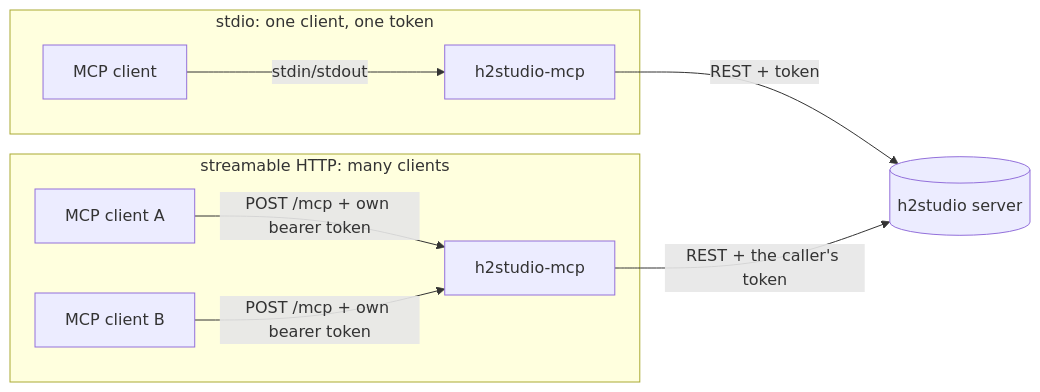
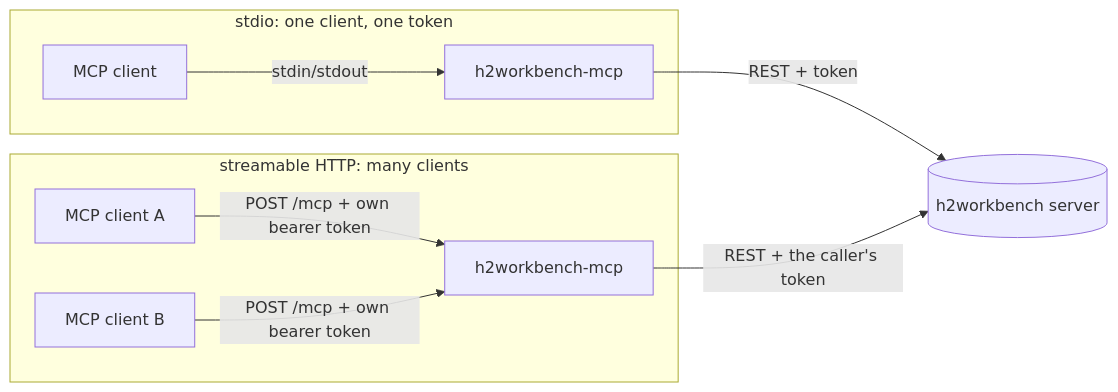
One commit to willboyden/harness2-workbench changed the diagram in docs/MCP.md. Above: the diagram before and after it, drawn with Mermaid. The commit also changed other lines of this file and 417 other files, not shown here.

````diff
--- a/docs/MCP.md
+++ b/docs/MCP.md
@@ -13,12 +13,12 @@
 ```mermaid
 flowchart LR
   subgraph stdio [stdio: one client, one token]
-    c1[MCP client] -- "stdin/stdout" --> m1[h2studio-mcp]
+    c1[MCP client] -- "stdin/stdout" --> m1[h2workbench-mcp]
   end
   subgraph http [streamable HTTP: many clients]
-    c2[MCP client A] -- "POST /mcp + own bearer token" --> m2[h2studio-mcp]
+    c2[MCP client A] -- "POST /mcp + own bearer token" --> m2[h2workbench-mcp]
     c3[MCP client B] -- "POST /mcp + own bearer token" --> m2
   end
-  m1 -- "REST + token" --> s[(h2studio server)]
+  m1 -- "REST + token" --> s[(h2workbench server)]
   m2 -- "REST + the caller's token" --> s
 ```
````
